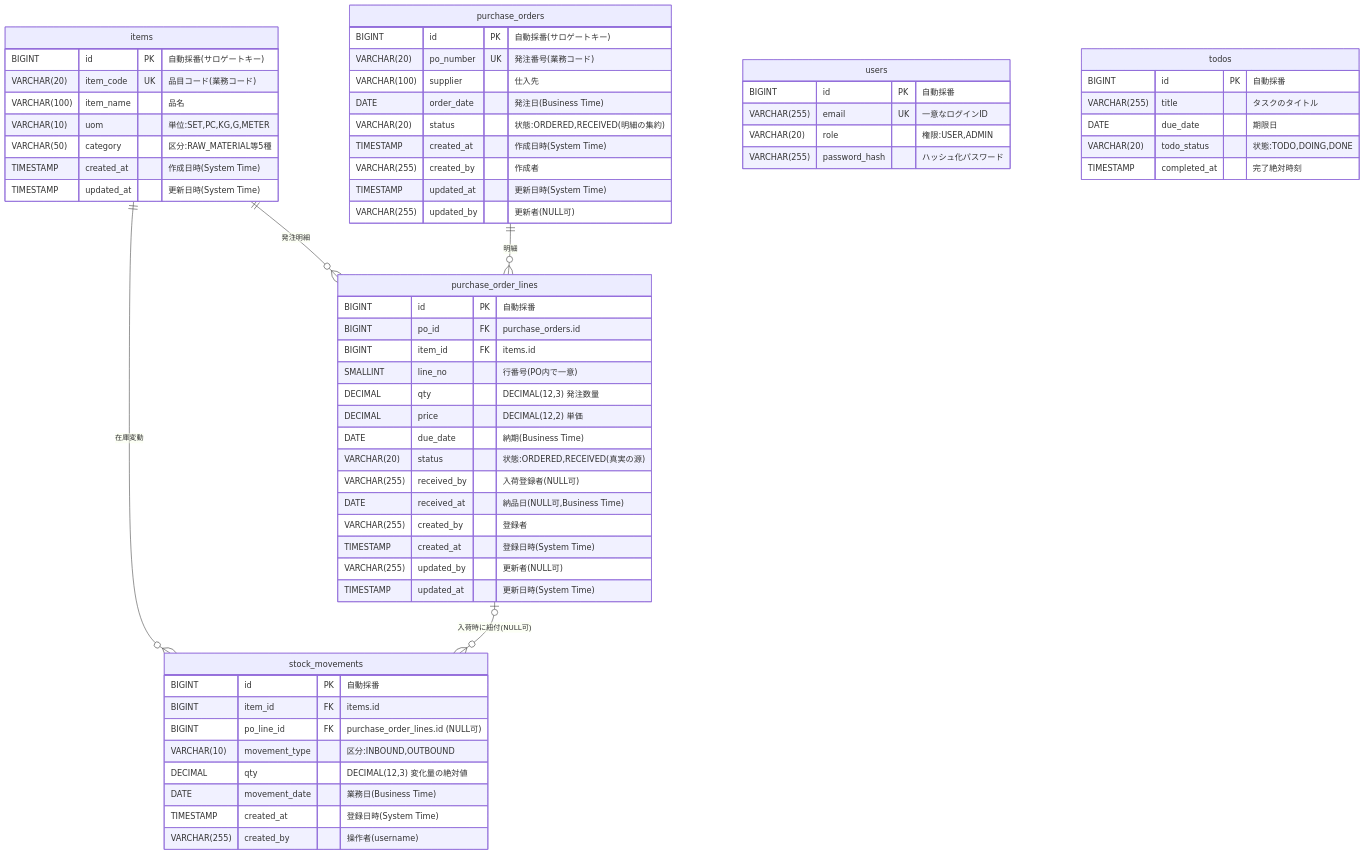
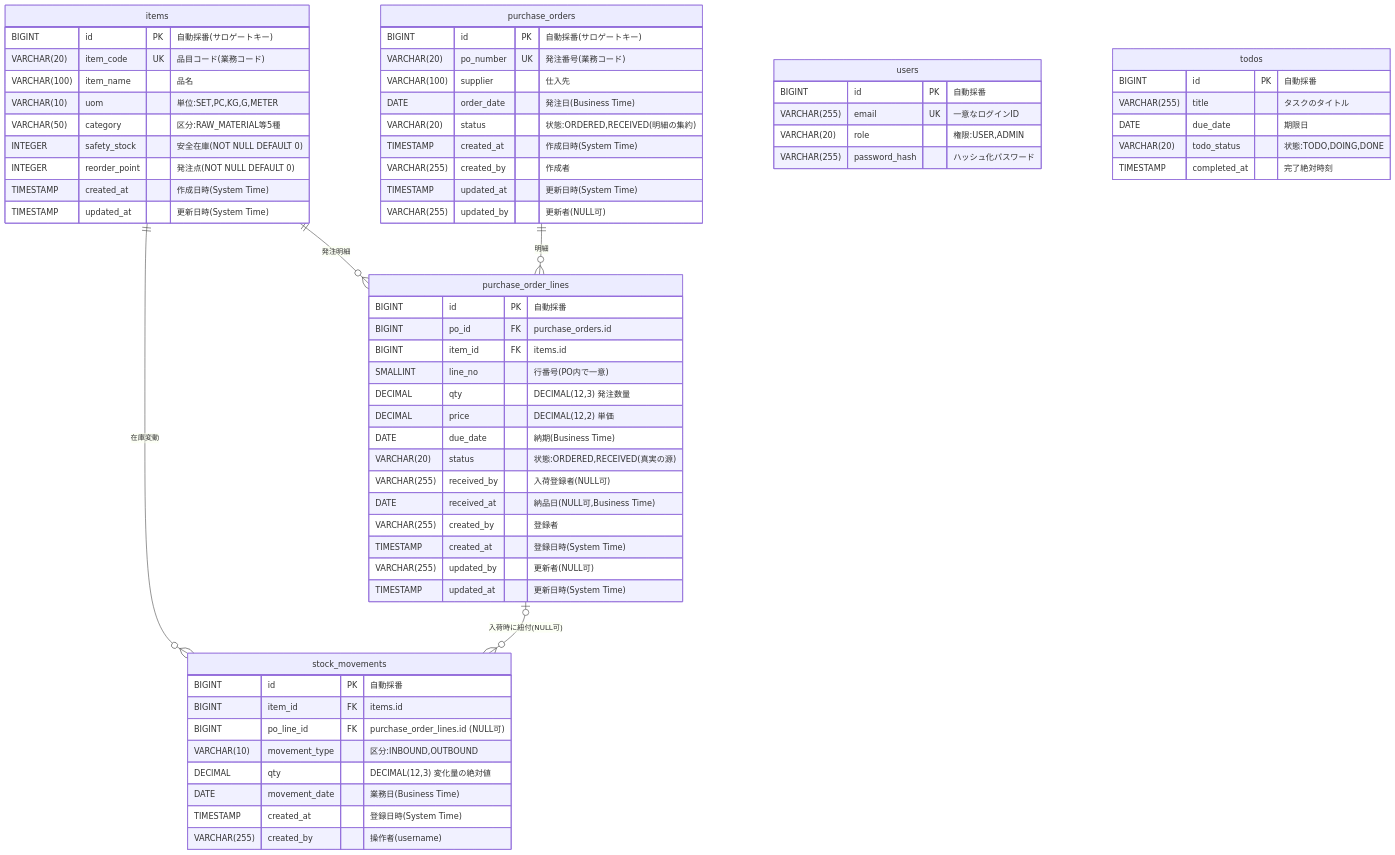
Before and after one commit to kinbei-math/todo-api-v2: the second of 2 diagrams in README.md, drawn with Mermaid. The commit also changed other lines of this file, not shown here.

Commit message:
docs(W17): READMEにreorder-alertsエンドポイントとsafety_stock/reorder_point列を反映

````diff
--- a/README.md
+++ b/README.md
@@ -108,72 +109,74 @@
 ```mermaid
 erDiagram
     items                ||--o{ stock_movements      : "在庫変動"
     items                ||--o{ purchase_order_lines : "発注明細"
     purchase_orders      ||--o{ purchase_order_lines : "明細"
     purchase_order_lines |o--o{ stock_movements      : "入荷時に紐付(NULL可)"
 
     users {
         BIGINT id PK "自動採番"
         VARCHAR(255) email UK "一意なログインID"
         VARCHAR(20) role "権限:USER,ADMIN"
         VARCHAR(255) password_hash "ハッシュ化パスワード"
     }
 
     todos {
         BIGINT id PK "自動採番"
         VARCHAR(255) title "タスクのタイトル"
         DATE due_date "期限日"
         VARCHAR(20) todo_status "状態:TODO,DOING,DONE"
         TIMESTAMP completed_at "完了絶対時刻"
     }
 
     items {
         BIGINT id PK "自動採番(サロゲートキー)"
         VARCHAR(20) item_code UK "品目コード(業務コード)"
         VARCHAR(100) item_name "品名"
         VARCHAR(10) uom "単位:SET,PC,KG,G,METER"
         VARCHAR(50) category "区分:RAW_MATERIAL等5種"
+        INTEGER safety_stock "安全在庫(NOT NULL DEFAULT 0)"
+        INTEGER reorder_point "発注点(NOT NULL DEFAULT 0)"
         TIMESTAMP created_at "作成日時(System Time)"
         TIMESTAMP updated_at "更新日時(System Time)"
     }
 
     stock_movements {
         BIGINT id PK "自動採番"
         BIGINT item_id FK "items.id"
         BIGINT po_line_id FK "purchase_order_lines.id (NULL可)"
         VARCHAR(10) movement_type "区分:INBOUND,OUTBOUND"
         DECIMAL qty "DECIMAL(12,3) 変化量の絶対値"
         DATE movement_date "業務日(Business Time)"
         TIMESTAMP created_at "登録日時(System Time)"
         VARCHAR(255) created_by "操作者(username)"
     }
 
     purchase_orders {
         BIGINT id PK "自動採番(サロゲートキー)"
         VARCHAR(20) po_number UK "発注番号(業務コード)"
         VARCHAR(100) supplier "仕入先"
         DATE order_date "発注日(Business Time)"
         VARCHAR(20) status "状態:ORDERED,RECEIVED(明細の集約)"
         TIMESTAMP created_at "作成日時(System Time)"
         VARCHAR(255) created_by "作成者"
         TIMESTAMP updated_at "更新日時(System Time)"
         VARCHAR(255) updated_by "更新者(NULL可)"
     }
 
     purchase_order_lines {
         BIGINT id PK "自動採番"
         BIGINT po_id FK "purchase_orders.id"
         BIGINT item_id FK "items.id"
         SMALLINT line_no "行番号(PO内で一意)"
         DECIMAL qty "DECIMAL(12,3) 発注数量"
         DECIMAL price "DECIMAL(12,2) 単価"
         DATE due_date "納期(Business Time)"
         VARCHAR(20) status "状態:ORDERED,RECEIVED(真実の源)"
         VARCHAR(255) received_by "入荷登録者(NULL可)"
         DATE received_at "納品日(NULL可,Business Time)"
         VARCHAR(255) created_by "登録者"
         TIMESTAMP created_at "登録日時(System Time)"
         VARCHAR(255) updated_by "更新者(NULL可)"
         TIMESTAMP updated_at "更新日時(System Time)"
     }
 ```
````
